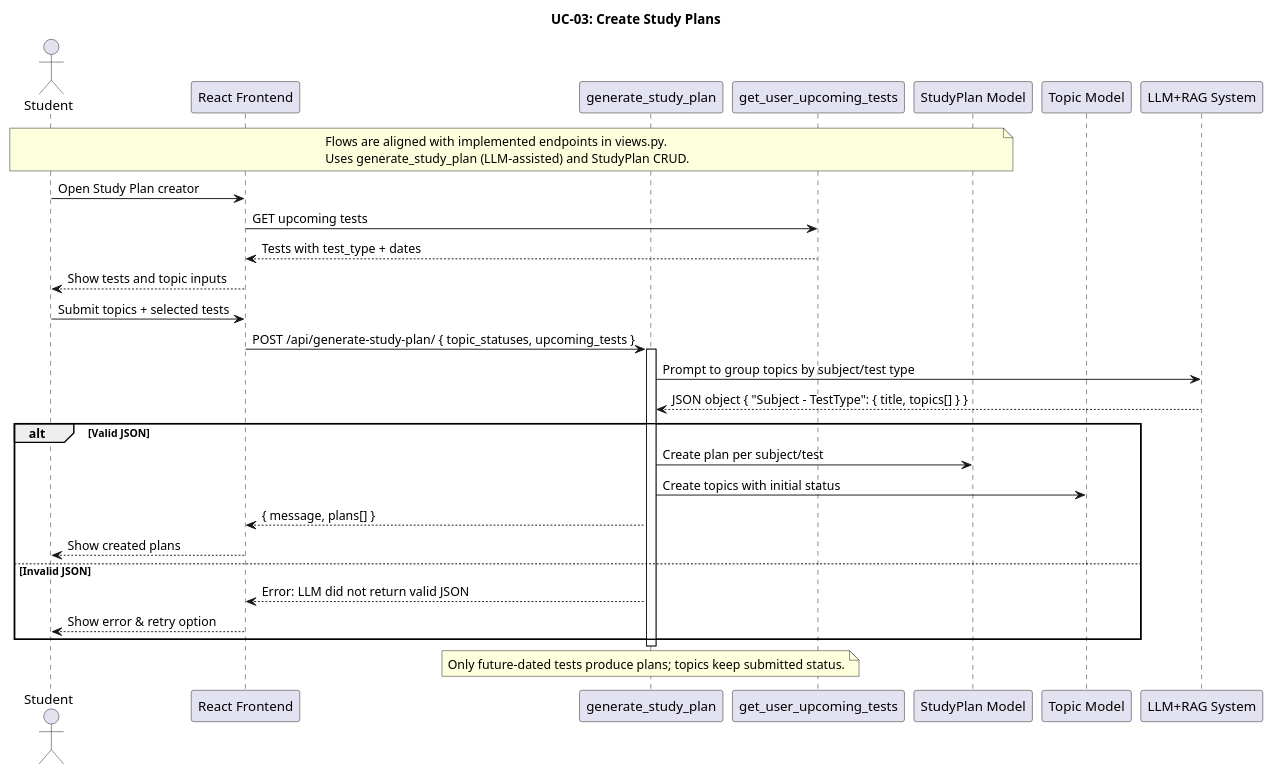
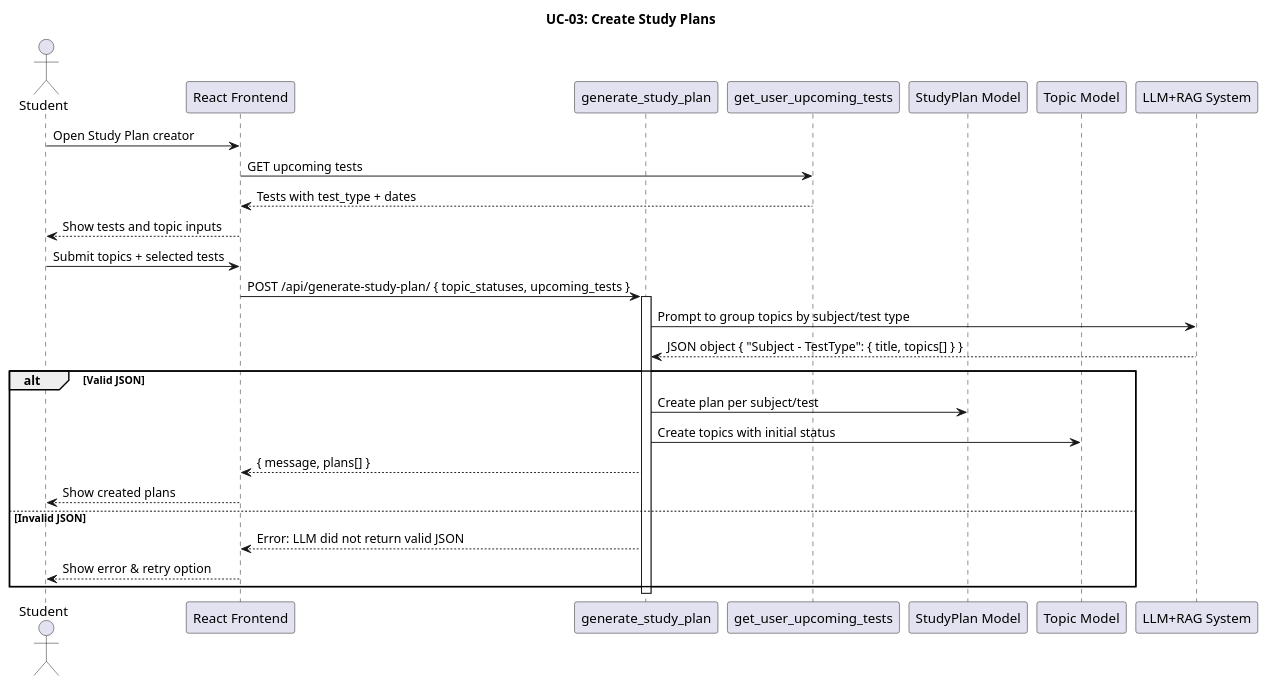
Before and after one commit to MMMustafakamran/SDs: the diagram in planttext/uc03-create-study-plans.puml, drawn with PlantUML. The commit also changed 15 other files, not shown here.

```diff
--- a/planttext/uc03-create-study-plans.puml
+++ b/planttext/uc03-create-study-plans.puml
@@ -1,49 +1,43 @@
 @startuml
 title UC-03: Create Study Plans
 
 actor Student
 participant Frontend as "React Frontend"
 participant StudyPlanAPI as "generate_study_plan"
 participant UpcomingTestAPI as "get_user_upcoming_tests"
 participant StudyPlan as "StudyPlan Model"
 participant Topic as "Topic Model"
 participant LLM as "LLM+RAG System"
 
-note over Student, StudyPlan
-Flows are aligned with implemented endpoints in views.py.
-Uses generate_study_plan (LLM-assisted) and StudyPlan CRUD.
-end note
+
 
 '======================
 ' Prepare inputs
 '======================
 Student -> Frontend : Open Study Plan creator
 Frontend -> UpcomingTestAPI : GET upcoming tests
 UpcomingTestAPI --> Frontend : Tests with test_type + dates
 Frontend --> Student : Show tests and topic inputs
 
 '======================
 ' Generate plan via LLM grouping
 '======================
 Student -> Frontend : Submit topics + selected tests
 Frontend -> StudyPlanAPI : POST /api/generate-study-plan/ { topic_statuses, upcoming_tests }
 activate StudyPlanAPI
 StudyPlanAPI -> LLM : Prompt to group topics by subject/test type
 LLM --> StudyPlanAPI : JSON object { "Subject - TestType": { title, topics[] } }
 
 alt Valid JSON
     StudyPlanAPI -> StudyPlan : Create plan per subject/test
     StudyPlanAPI -> Topic : Create topics with initial status
     StudyPlanAPI --> Frontend : { message, plans[] }
     Frontend --> Student : Show created plans
 else Invalid JSON
     StudyPlanAPI --> Frontend : Error: LLM did not return valid JSON
     Frontend --> Student : Show error & retry option
 end
 deactivate StudyPlanAPI
 
-note over StudyPlanAPI
-Only future-dated tests produce plans; topics keep submitted status.
-end note
 
 @enduml
```
